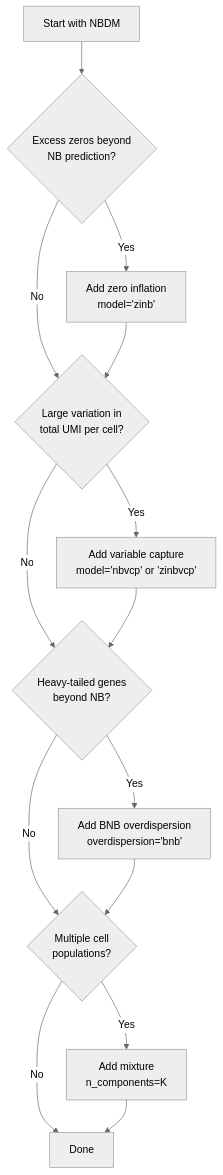
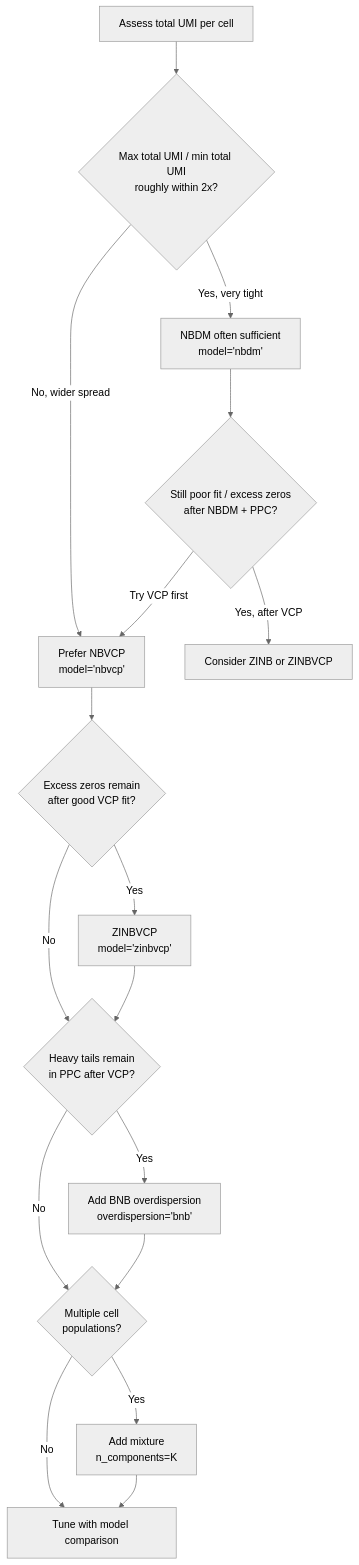
Before and after one commit to mrazomej/scribe: the second of 2 diagrams in docs/guide/model-selection.md, drawn with Mermaid (neutral theme). The commit also changed other lines of this file and 3 other files, not shown here.

````diff
--- a/docs/guide/model-selection.md
+++ b/docs/guide/model-selection.md
@@ -35,16 +61,19 @@
 ```mermaid
 graph TD
-    Start["Start with NBDM"] --> Q1{"Excess zeros beyond<br/>NB prediction?"}
-    Q1 -->|Yes| ZI["Add zero inflation<br/>model='zinb'"]
-    Q1 -->|No| Q2
-    ZI --> Q2{"Large variation in<br/>total UMI per cell?"}
-    Q2 -->|Yes| VCP["Add variable capture<br/>model='nbvcp' or 'zinbvcp'"]
-    Q2 -->|No| Q3
-    VCP --> Q3{"Heavy-tailed genes<br/>beyond NB?"}
-    Q3 -->|Yes| BNB["Add BNB overdispersion<br/>overdispersion='bnb'"]
-    Q3 -->|No| Q4
-    BNB --> Q4{"Multiple cell<br/>populations?"}
-    Q4 -->|Yes| Mix["Add mixture<br/>n_components=K"]
-    Q4 -->|No| Done["Done"]
+    Start["Assess total UMI per cell"] --> Qtot{"Max total UMI / min total UMI<br/>roughly within 2x?"}
+    Qtot -->|Yes, very tight| Base["NBDM often sufficient<br/>model='nbdm'"]
+    Qtot -->|No, wider spread| VCP0["Prefer NBVCP<br/>model='nbvcp'"]
+    Base --> Qzi{"Still poor fit / excess zeros<br/>after NBDM + PPC?"}
+    Qzi -->|Try VCP first| VCP0
+    Qzi -->|Yes, after VCP| ZI["Consider ZINB or ZINBVCP"]
+    VCP0 --> Qzi2{"Excess zeros remain<br/>after good VCP fit?"}
+    Qzi2 -->|No| Qtail{"Heavy tails remain<br/>in PPC after VCP?"}
+    Qzi2 -->|Yes| ZINBV["ZINBVCP<br/>model='zinbvcp'"]
+    ZINBV --> Qtail
+    Qtail -->|Yes| BNB["Add BNB overdispersion<br/>overdispersion='bnb'"]
+    Qtail -->|No| Qmix{"Multiple cell<br/>populations?"}
+    BNB --> Qmix
+    Qmix -->|Yes| Mix["Add mixture<br/>n_components=K"]
+    Qmix -->|No| Done["Tune with model comparison"]
     Mix --> Done
 ```
````
